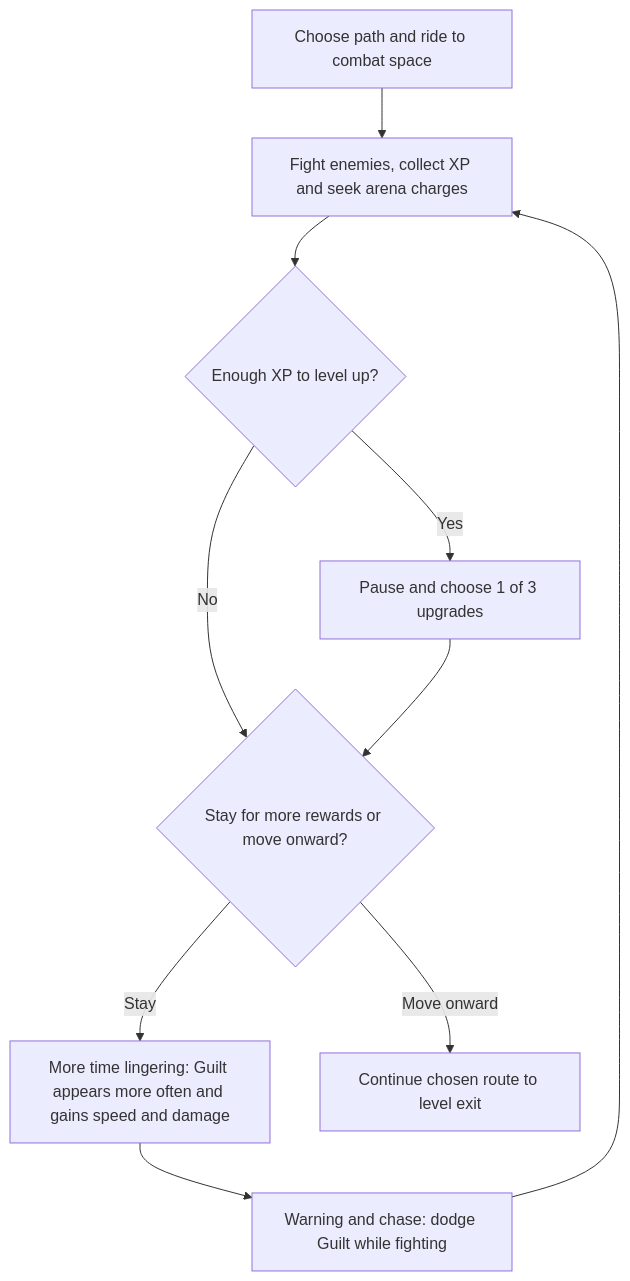
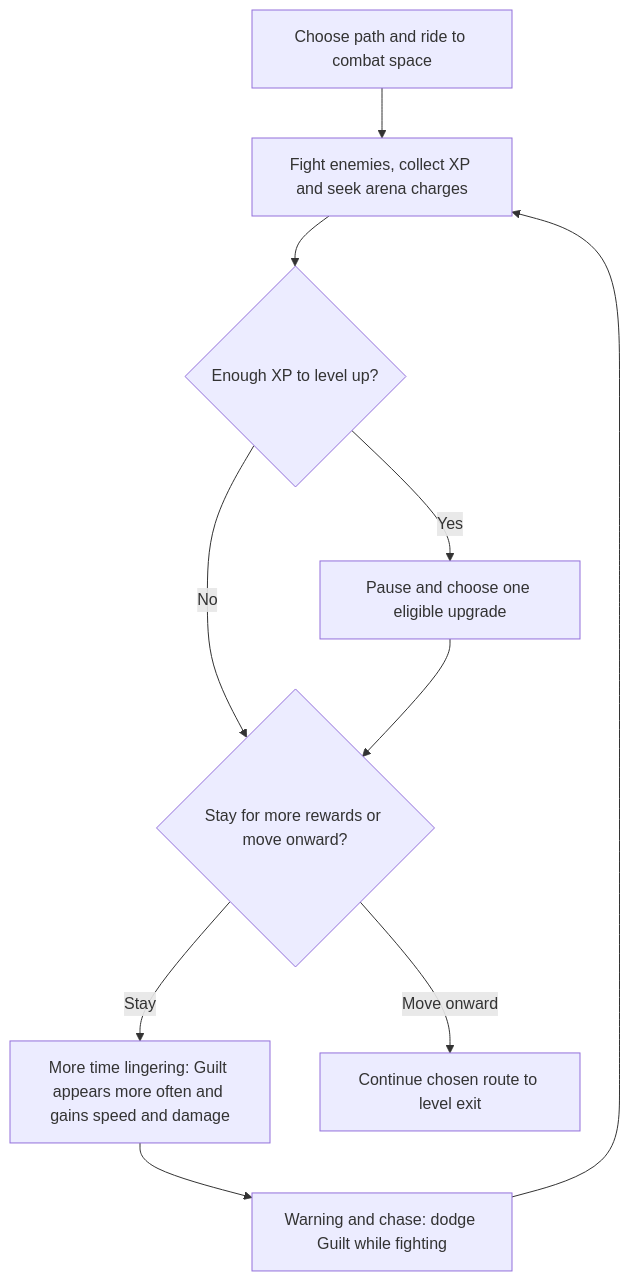
Before and after one commit to kihecpihec/boki: the third of 3 diagrams in docs/Gameplay.md, drawn with Mermaid. The commit also changed other lines of this file and 79 other files, not shown here.

````diff
--- a/docs/Gameplay.md
+++ b/docs/Gameplay.md
@@ -228,12 +228,12 @@
 ```mermaid
 flowchart TD
     A[Choose path and ride to combat space] --> B[Fight enemies, collect XP and seek arena charges]
     B --> C{Enough XP to level up?}
-    C -- Yes --> D[Pause and choose 1 of 3 upgrades]
+    C -- Yes --> D[Pause and choose one eligible upgrade]
     C -- No --> E{Stay for more rewards or move onward?}
     D --> E
     E -- Stay --> F[More time lingering: Guilt appears more often and gains speed and damage]
     F --> G[Warning and chase: dodge Guilt while fighting]
     G --> B
     E -- Move onward --> H[Continue chosen route to level exit]
 ```
````
